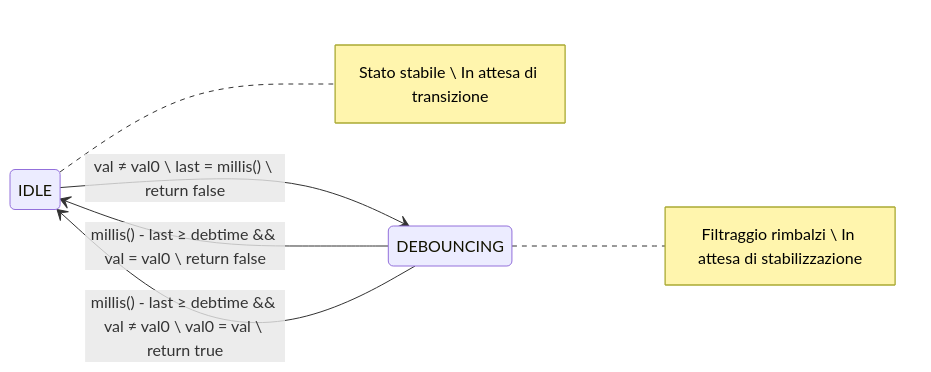
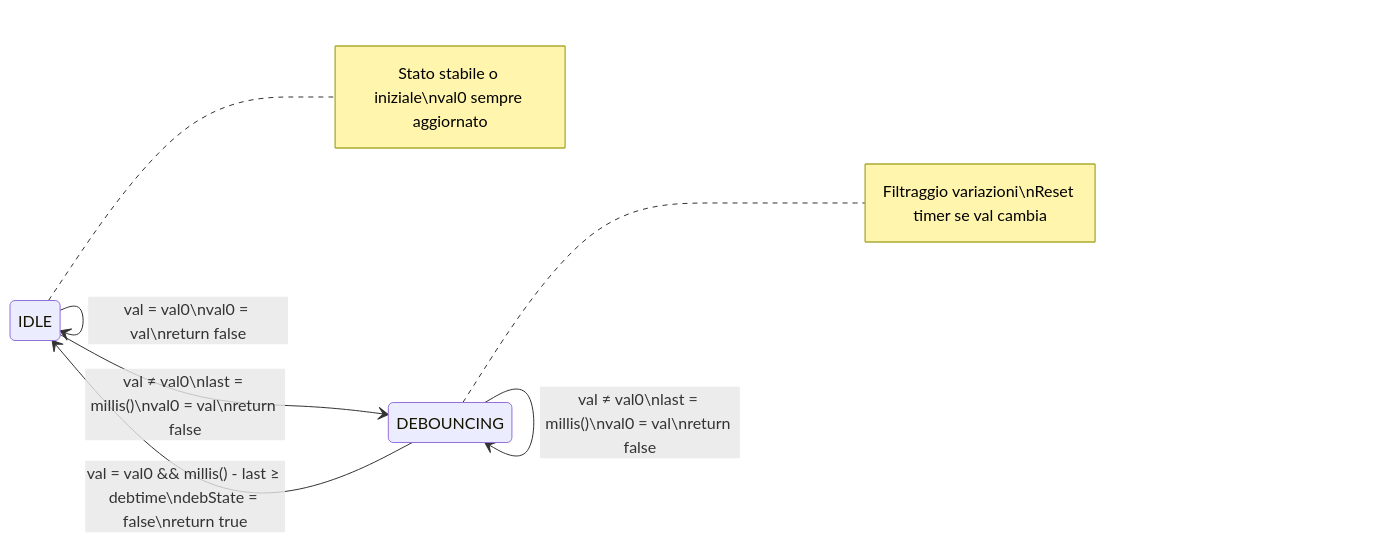
The diagram in debouncerFSM2.md (sebastianomelita/ArduinoBareMetal), drawn with Mermaid before and after one commit. The commit also changed other lines of this file, not shown here.

````diff
--- a/debouncerFSM2.md
+++ b/debouncerFSM2.md
@@ -138,12 +148,14 @@
 ```mermaid
 %%{init: {'theme': 'default', 'themeVariables': { 'primaryColor': '#ffffff', 'primaryTextColor': '#000000', 'primaryBorderColor': '#000000', 'lineColor': '#000000', 'secondaryColor': '#f4f4f4', 'tertiaryColor': '#ffffff' }}}%%
 stateDiagram-v2
     direction LR
     
-    IDLE --> DEBOUNCING: val ≠ val0 \ last = millis() \ return false
-    DEBOUNCING --> IDLE: millis() - last ≥ debtime && val = val0 \ return false
-    DEBOUNCING --> IDLE: millis() - last ≥ debtime && val ≠ val0 \ val0 = val \ return true
+    IDLE --> DEBOUNCING: val ≠ val0\nlast = millis()\nval0 = val\nreturn false
+    IDLE --> IDLE: val = val0\nval0 = val\nreturn false
     
-    note right of IDLE: Stato stabile \ In attesa di transizione
-    note right of DEBOUNCING: Filtraggio rimbalzi \ In attesa di stabilizzazione
+    DEBOUNCING --> DEBOUNCING: val ≠ val0\nlast = millis()\nval0 = val\nreturn false
+    DEBOUNCING --> IDLE: val = val0 && millis() - last ≥ debtime\ndebState = false\nreturn true
+    
+    note right of IDLE: Stato stabile o iniziale\nval0 sempre aggiornato
+    note right of DEBOUNCING: Filtraggio variazioni\nReset timer se val cambia
 ```
````
